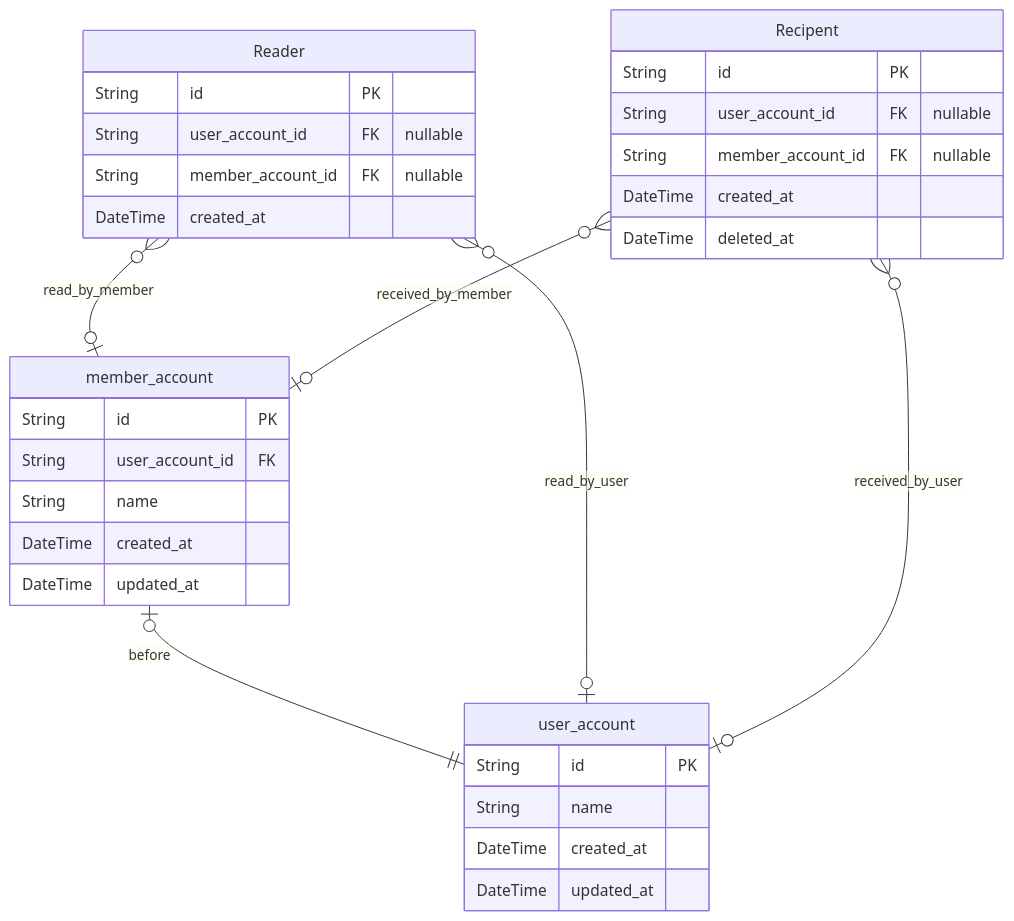
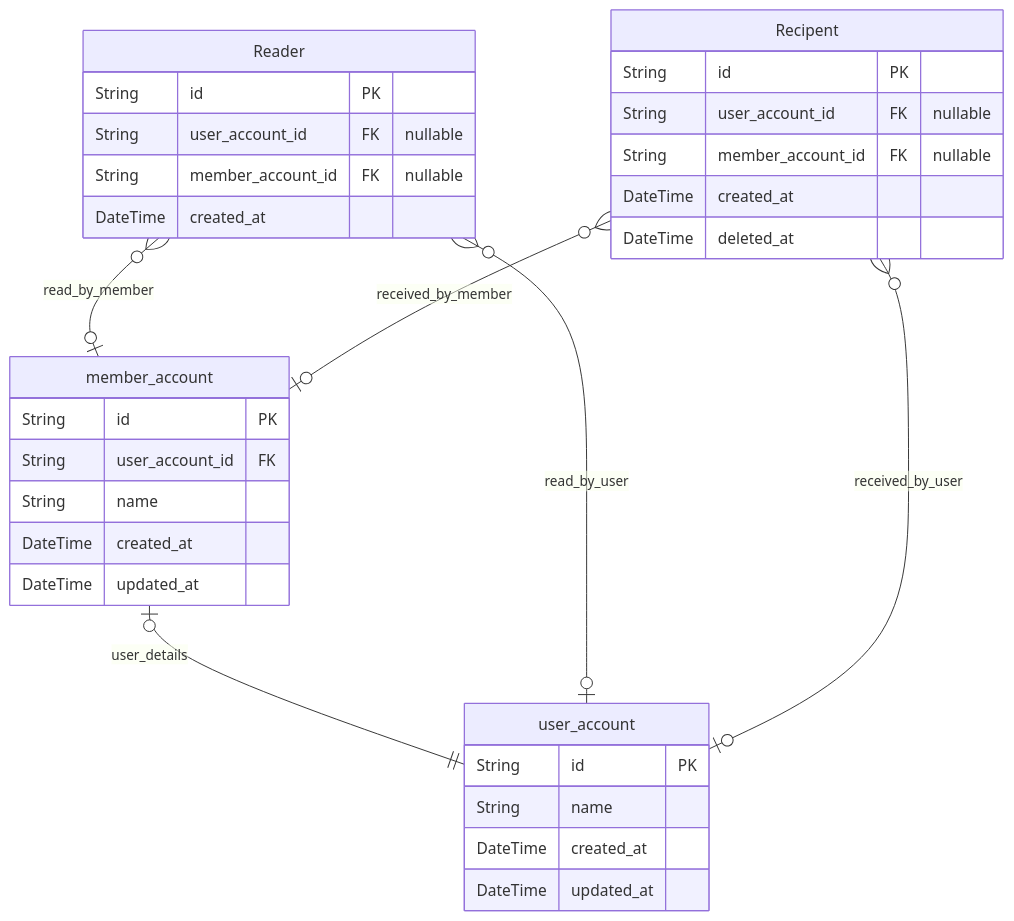
One commit to Mailly-Project/Mailly-BE changed the diagram in docs/ERD.md. Above: the diagram before and after it, drawn with Mermaid. The commit also changed 1 other file, not shown here.

Commit message:
style: table 간의 relation 명 변경

````diff
--- a/docs/ERD.md
+++ b/docs/ERD.md
@@ -7,34 +7,34 @@
 ```mermaid
 erDiagram
 "user_account" {
   String id PK
   String name
   DateTime created_at
   DateTime updated_at
 }
 "member_account" {
   String id PK
   String user_account_id FK
   String name
   DateTime created_at
   DateTime updated_at
 }
 "Reader" {
   String id PK
   String user_account_id FK "nullable"
   String member_account_id FK "nullable"
   DateTime created_at
 }
 "Recipent" {
   String id PK
   String user_account_id FK "nullable"
   String member_account_id FK "nullable"
   DateTime created_at
   DateTime deleted_at
 }
-"member_account" |o--|| "user_account" : before
+"member_account" |o--|| "user_account" : user_details
 "Reader" }o--o| "user_account" : read_by_user
 "Reader" }o--o| "member_account" : read_by_member
 "Recipent" }o--o| "user_account" : received_by_user
 "Recipent" }o--o| "member_account" : received_by_member
 ```
````
